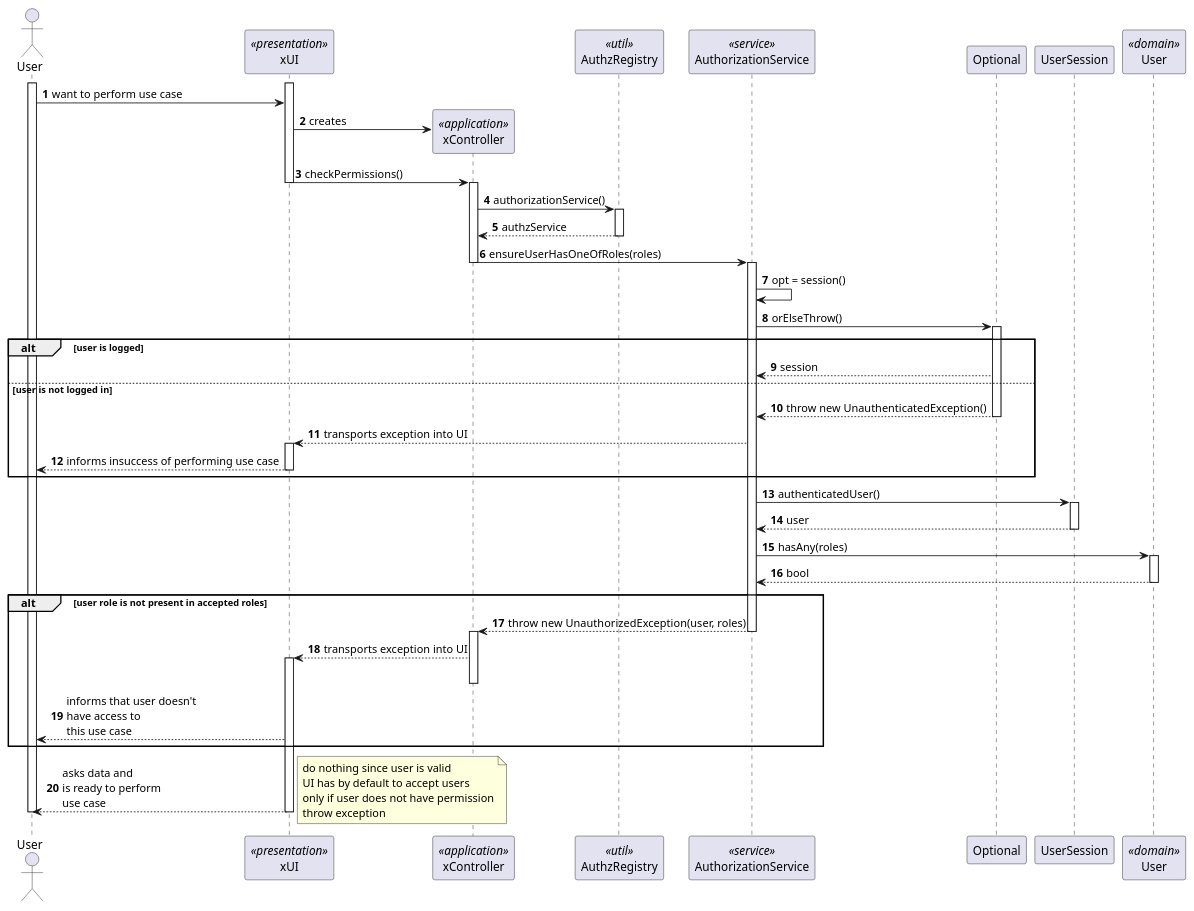
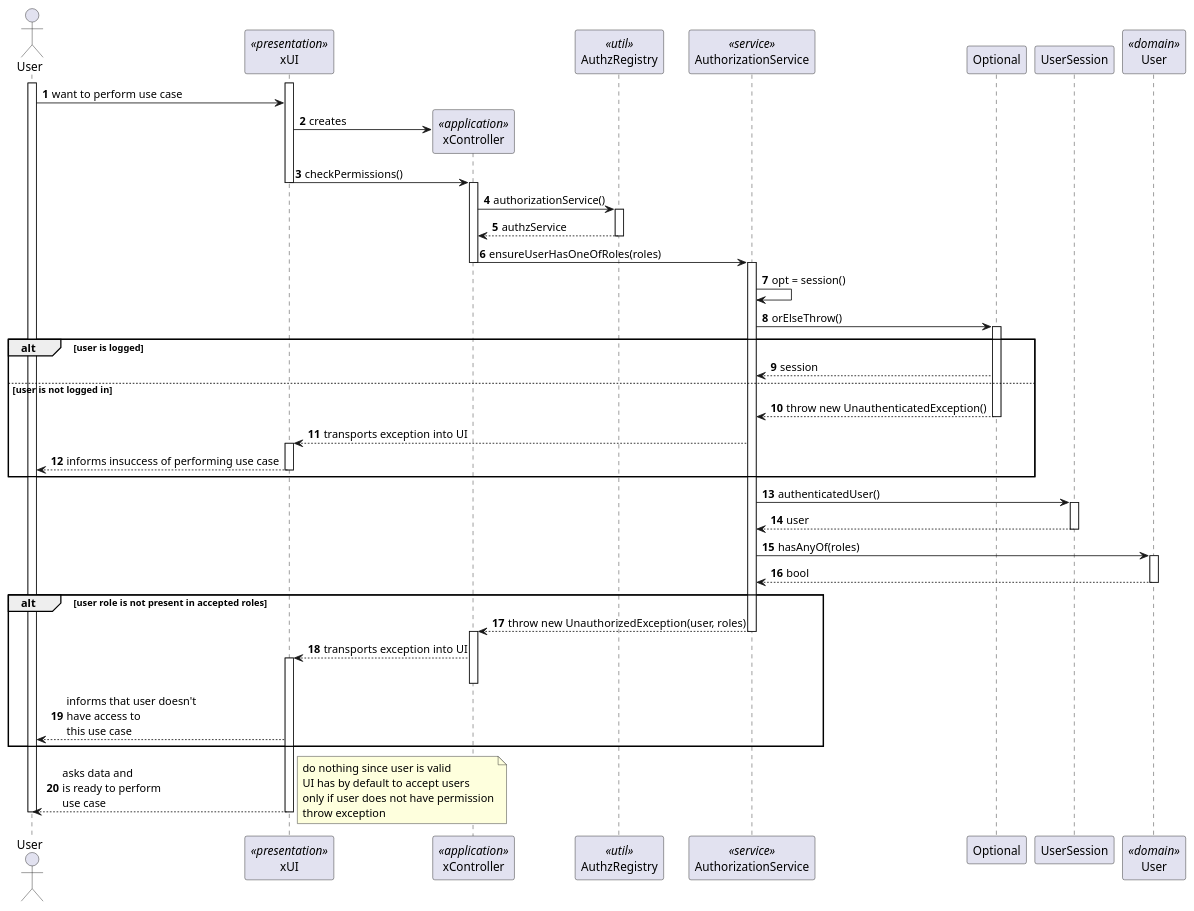
Before and after one commit to brunacosta03/sem4pi_22_23: the diagram in docs/SPRINT A/US_G006/Design/AuthorizationSequenceDiagram/SD.puml, drawn with PlantUML. The commit also changed 27 other files, not shown here.

```diff
--- a/docs/SPRINT A/US_G006/Design/AuthorizationSequenceDiagram/SD.puml
+++ b/docs/SPRINT A/US_G006/Design/AuthorizationSequenceDiagram/SD.puml
@@ -1,77 +1,77 @@
 @startuml
 autonumber
 
 actor "User" as usr
 
 participant xUI as ui <<presentation>>
 participant xController as ctrl <<application>>
 participant AuthzRegistry as reg <<util>>
 participant AuthorizationService as authz <<service>>
 participant Optional as opt
 participant UserSession as session
 participant User as userClass <<domain>>
 
 activate usr
 activate ui
 
 usr -> ui : want to perform use case
 ui -> ctrl** : creates
 ui -> ctrl : checkPermissions()
 deactivate ui
 activate ctrl
 ctrl -> reg : authorizationService()
 activate reg
 reg --> ctrl : authzService
 deactivate reg
 ctrl -> authz : ensureUserHasOneOfRoles(roles)
 deactivate ctrl
 activate authz
 authz -> authz : opt = session()
 authz -> opt : orElseThrow()
 activate opt
 
 alt user is logged
     opt --> authz : session
 else user is not logged in
     opt --> authz : throw new UnauthenticatedException()
 deactivate opt
     authz --> ui : transports exception into UI
 activate ui
     ui --> usr : informs insuccess of performing use case
 deactivate ui
 end alt
 
 authz -> session : authenticatedUser()
 activate session
 session --> authz : user
 deactivate session
-authz -> userClass : hasAny(roles)
+authz -> userClass : hasAnyOf(roles)
 activate userClass
 userClass --> authz : bool
 deactivate userClass
 
 deactivate session
 
 alt user role is not present in accepted roles
     authz --> ctrl : throw new UnauthorizedException(user, roles)
 deactivate authz
 activate ctrl
     ctrl --> ui : transports exception into UI
 activate ui
 deactivate ctrl
     ui --> usr : informs that user doesn't\nhave access to \nthis use case
 end alt
 
 ui --> usr : asks data and \nis ready to perform\nuse case
 
 note right
     do nothing since user is valid
     UI has by default to accept users
     only if user does not have permission
     throw exception
 end note
 
 deactivate ui
 deactivate usr
 
 @enduml
```
